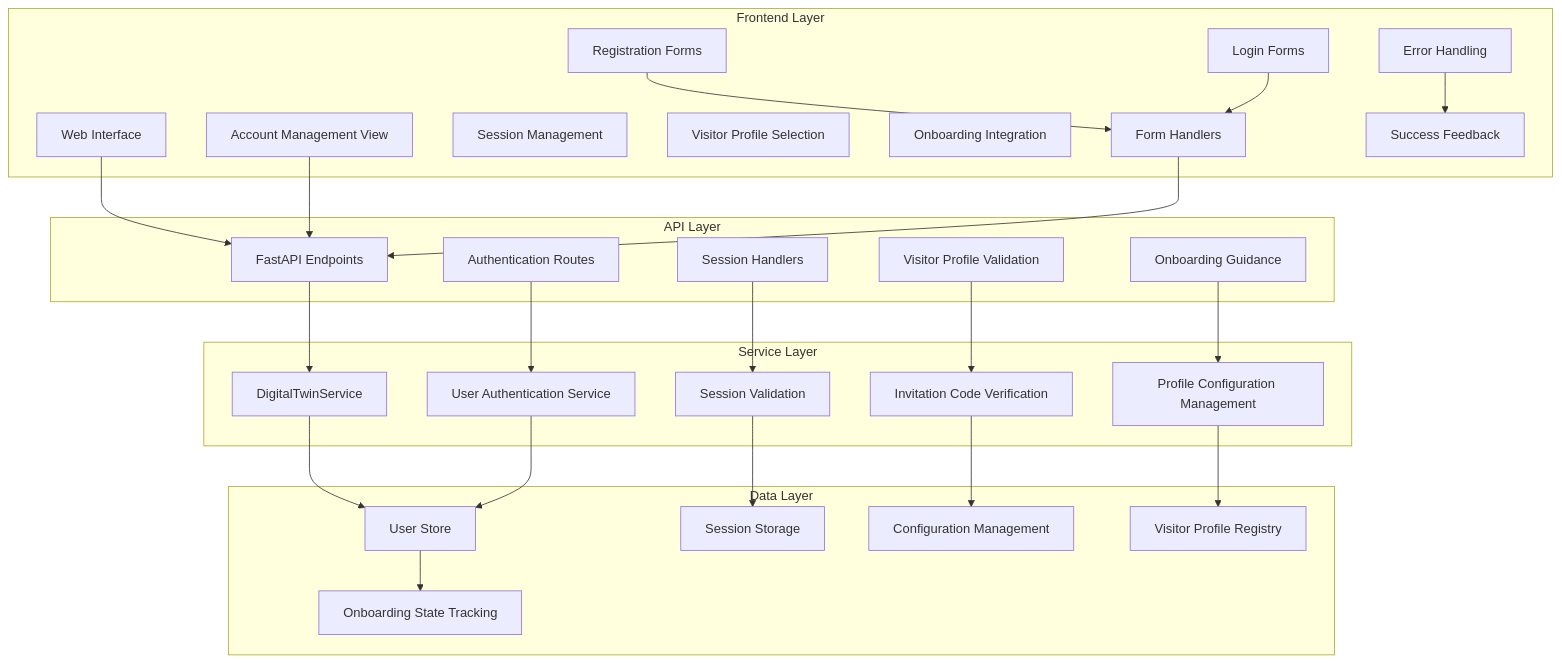
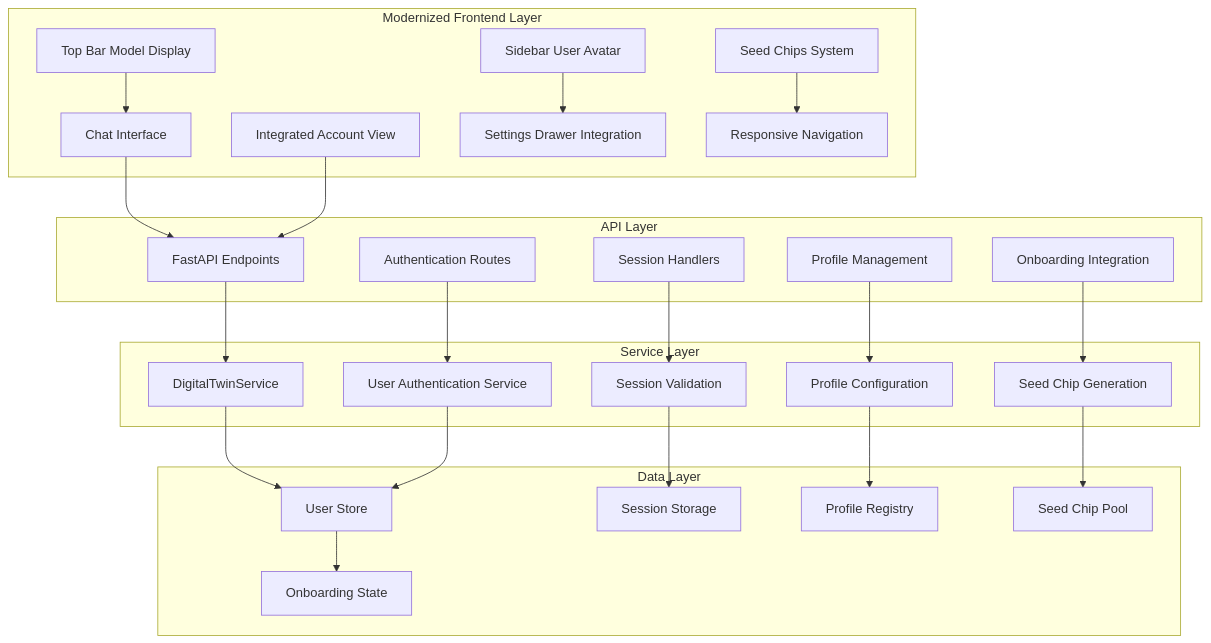
Before and after one commit to intellistream/sage-mate: the first of 19 diagrams in .qoder/repowiki/en/content/Core Components/Integrated Account Management View.md, drawn with Mermaid. The commit also changed other lines of this file and 121 other files, not shown here.

````diff
--- a/.qoder/repowiki/en/content/Core Components/Integrated Account Management View.md
+++ b/.qoder/repowiki/en/content/Core Components/Integrated Account Management View.md
@@ -51,53 +56,49 @@
 ```mermaid
 graph TB
-subgraph "Frontend Layer"
-A[Web Interface]
-B[Account Management View]
-C[Session Management]
-D[Visitor Profile Selection]
-E[Onboarding Integration]
-F[Registration Forms]
-G[Login Forms]
-H[Form Handlers]
-I[Error Handling]
-J[Success Feedback]
+subgraph "Modernized Frontend Layer"
+A[Chat Interface]
+B[Integrated Account View]
+C[Settings Drawer Integration]
+D[Sidebar User Avatar]
+E[Seed Chips System]
+F[Top Bar Model Display]
+G[Responsive Navigation]
 end
 subgraph "API Layer"
-K[FastAPI Endpoints]
-L[Authentication Routes]
-M[Session Handlers]
-N[Visitor Profile Validation]
-O[Onboarding Guidance]
+H[FastAPI Endpoints]
+I[Authentication Routes]
+J[Session Handlers]
+K[Profile Management]
+L[Onboarding Integration]
 end
 subgraph "Service Layer"
-P[DigitalTwinService]
-Q[User Authentication Service]
-R[Session Validation]
-S[Invitation Code Verification]
-T[Profile Configuration Management]
+M[DigitalTwinService]
+N[User Authentication Service]
+O[Session Validation]
+P[Profile Configuration]
+Q[Seed Chip Generation]
 end
 subgraph "Data Layer"
-U[User Store]
-V[Session Storage]
-W[Configuration Management]
-X[Visitor Profile Registry]
-Y[Onboarding State Tracking]
+R[User Store]
+S[Session Storage]
+T[Profile Registry]
+U[Seed Chip Pool]
+V[Onboarding State]
 end
-A --> K
-B --> K
-F --> H
-G --> H
-H --> K
-I --> J
+A --> H
+B --> H
+D --> C
+E --> G
+F --> A
+H --> M
+I --> N
+J --> O
 K --> P
 L --> Q
 M --> R
-N --> S
-O --> T
-P --> U
+N --> R
+O --> S
+P --> T
 Q --> U
 R --> V
-S --> W
-T --> X
-U --> Y
 ```
````
